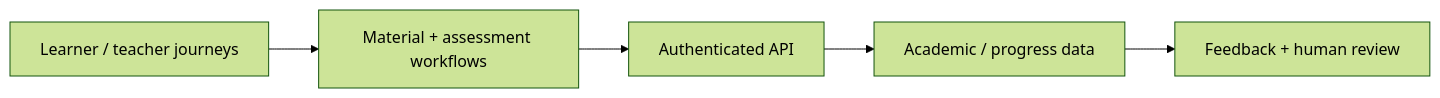
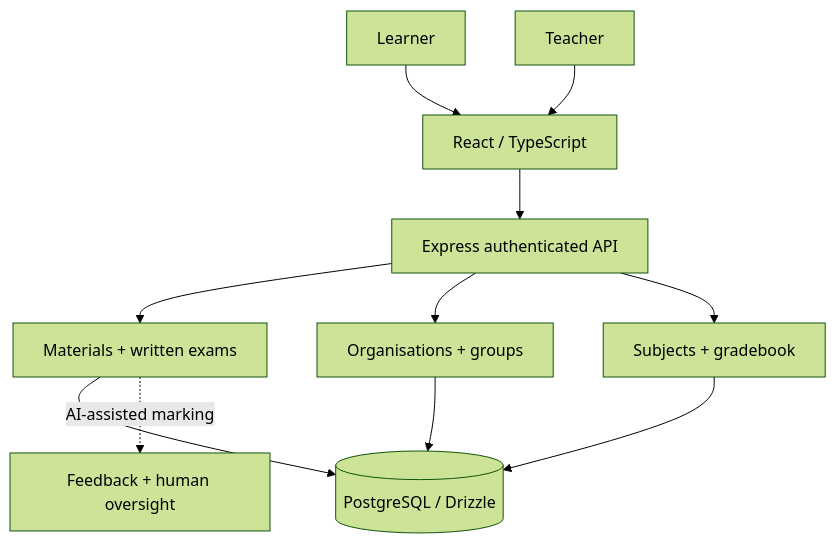
The first of 2 diagrams in docs/PORTFOLIO_SHOWCASE.md (CayelaemJ/Training-and-Development-Hub), drawn with Mermaid (forest theme) before and after one commit. The commit also changed other lines of this file, not shown here.

Commit message:
docs: write repository-grounded technical showcase and diagrams

````diff
--- a/docs/PORTFOLIO_SHOWCASE.md
+++ b/docs/PORTFOLIO_SHOWCASE.md
@@ -15,12 +11,13 @@
 ```mermaid
-flowchart LR
-  N0["Learner / teacher journeys"]
-  N1["Material + assessment workflows"]
-  N2["Authenticated API"]
-  N3["Academic / progress data"]
-  N4["Feedback + human review"]
-  N0 --> N1
-  N1 --> N2
-  N2 --> N3
-  N3 --> N4
+flowchart TB
+  Learner --> Web["React / TypeScript"]
+  Teacher --> Web
+  Web --> API["Express authenticated API"]
+  API --> Materials["Materials + written exams"]
+  API --> Orgs["Organisations + groups"]
+  API --> Academic["Subjects + gradebook"]
+  Materials --> DB[("PostgreSQL / Drizzle")]
+  Orgs --> DB
+  Academic --> DB
+  Materials -. "AI-assisted marking" .-> Review["Feedback + human oversight"]
 ```
````
